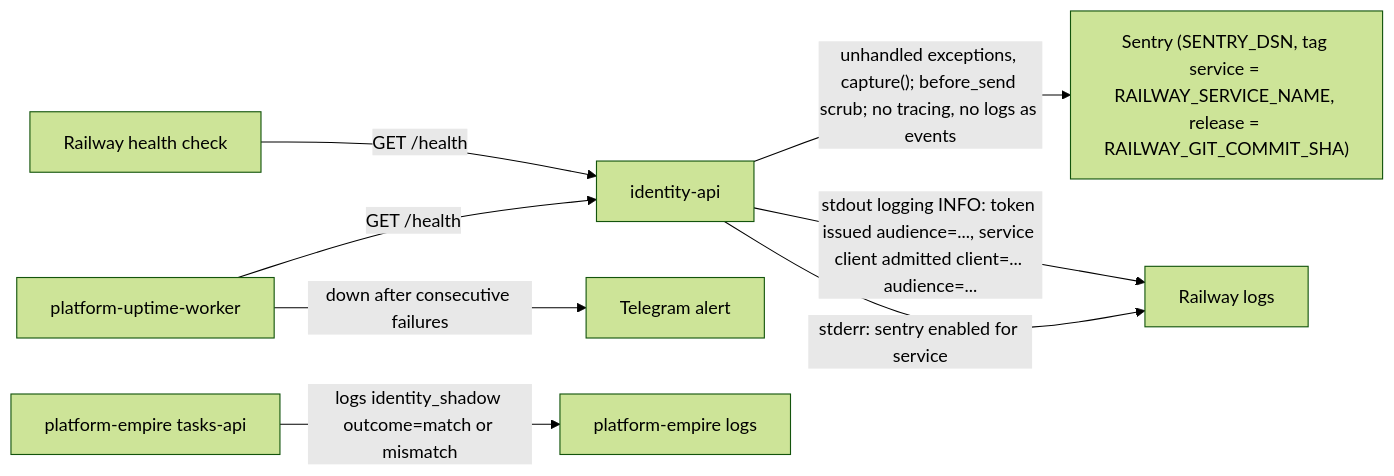
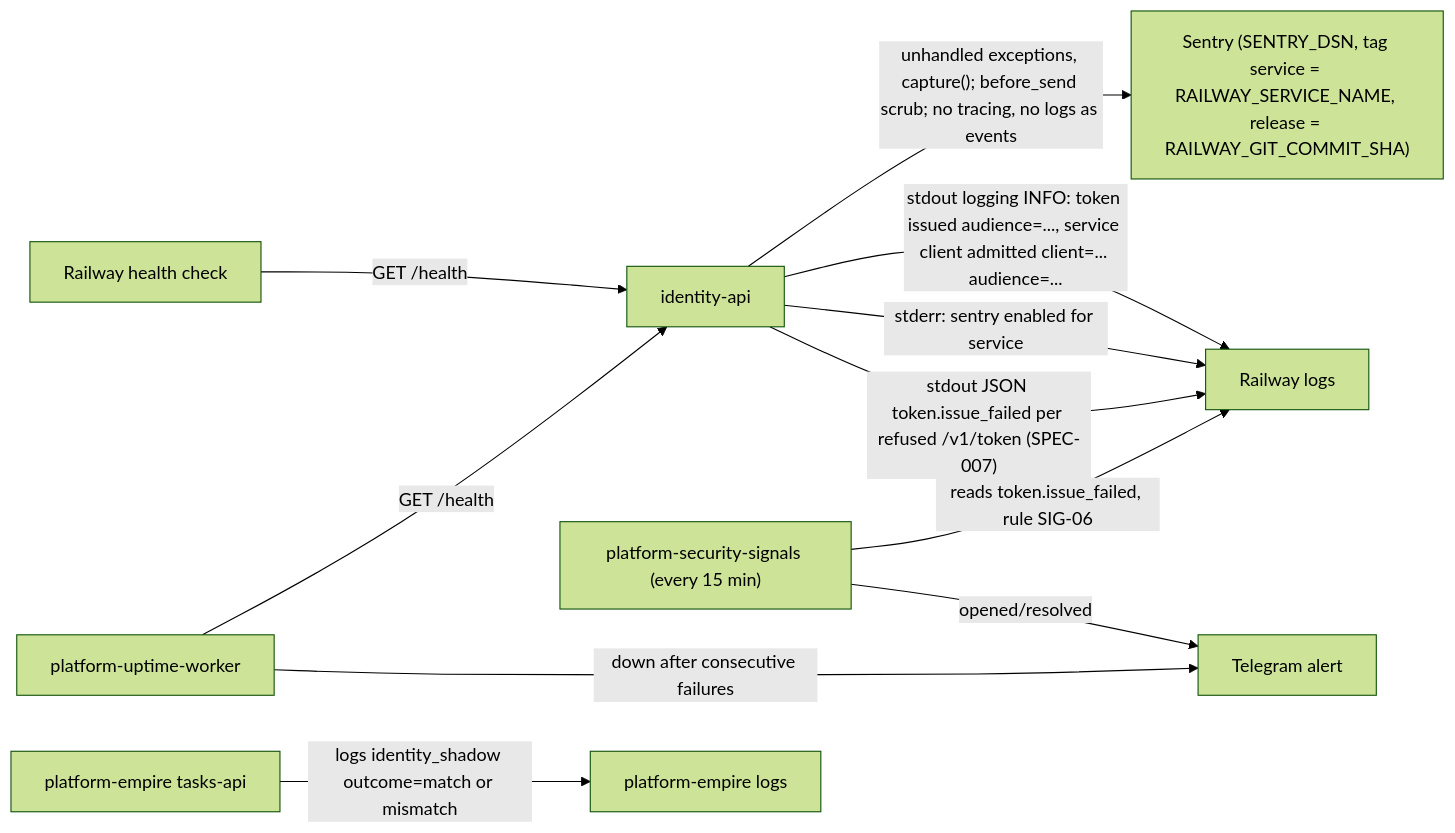
One commit to bookchaowalit-backend/platform-identity changed the diagram in docs/diagrams/20-observability.md. Above: the diagram before and after it, drawn with Mermaid (forest theme). The commit also changed other lines of this file and 4 other files, not shown here.

First line of the commit message:
feat(token): one token.issue_failed JSON line per refused /v1/token request (SPEC-007)

````diff
--- a/docs/diagrams/20-observability.md
+++ b/docs/diagrams/20-observability.md
@@ -3,11 +3,14 @@
 ```mermaid
 flowchart LR
   API["identity-api"]
   API -->|"unhandled exceptions, capture(); before_send scrub; no tracing, no logs as events"| SEN["Sentry (SENTRY_DSN, tag service = RAILWAY_SERVICE_NAME, release = RAILWAY_GIT_COMMIT_SHA)"]
   API -->|"stdout logging INFO: token issued audience=..., service client admitted client=... audience=..."| LOG["Railway logs"]
   API -->|"stderr: sentry enabled for service"| LOG
+  API -->|"stdout JSON token.issue_failed per refused /v1/token (SPEC-007)"| LOG
+  SIG["platform-security-signals (every 15 min)"] -->|"reads token.issue_failed, rule SIG-06"| LOG
+  SIG -->|"opened/resolved"| TG
   UP["platform-uptime-worker"] -->|"GET /health"| API
   RW["Railway health check"] -->|"GET /health"| API
   EMP["platform-empire tasks-api"] -->|"logs identity_shadow outcome=match or mismatch"| ELOG["platform-empire logs"]
   UP -->|"down after consecutive failures"| TG["Telegram alert"]
 ```
````
